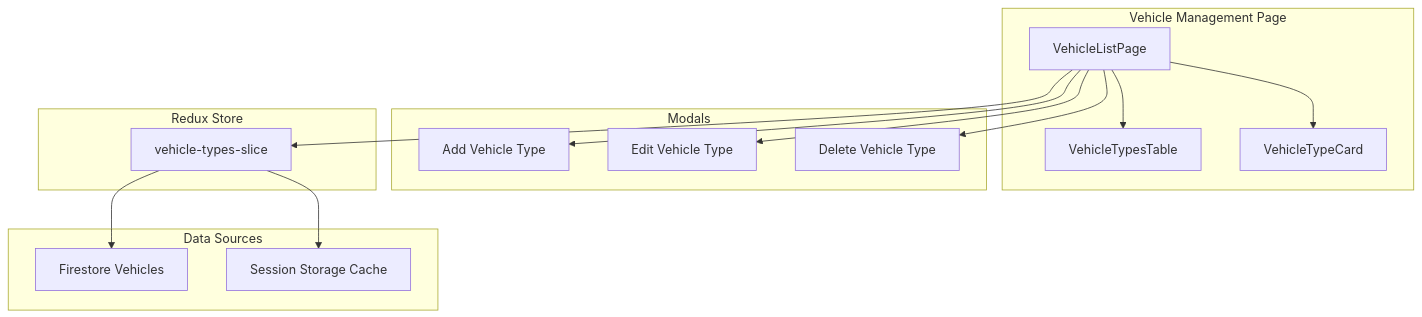
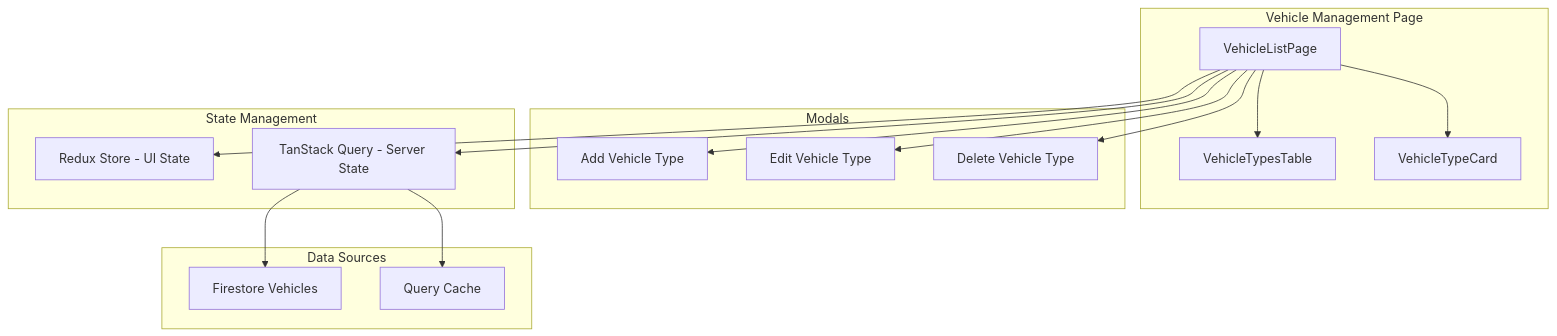
The diagram in docs/features/vehicle-management.md (Arvss07/taravel-admin-docs-official), drawn with Mermaid before and after one commit. The commit also changed other lines of this file and 16 other files, not shown here.

````diff
--- a/docs/features/vehicle-management.md
+++ b/docs/features/vehicle-management.md
@@ -49,33 +49,35 @@
 ```mermaid
 graph TB
     subgraph Page[Vehicle Management Page]
         VLP[VehicleListPage]
         VTTable[VehicleTypesTable]
         VTCard[VehicleTypeCard]
     end
 
     subgraph Modals[Modals]
         Add[Add Vehicle Type]
         Edit[Edit Vehicle Type]
         Del[Delete Vehicle Type]
     end
 
-    subgraph Store[Redux Store]
-        Slice[vehicle-types-slice]
+    subgraph State[State Management]
+        Redux[Redux Store - UI State]
+        TQ[TanStack Query - Server State]
     end
 
     subgraph Data[Data Sources]
         FS[Firestore Vehicles]
-        Cache[Session Storage Cache]
+        Cache[Query Cache]
     end
 
     VLP --> VTTable
     VLP --> VTCard
     VLP --> Add
     VLP --> Edit
     VLP --> Del
 
-    VLP --> Slice
-    Slice --> FS
-    Slice --> Cache
+    VLP --> Redux
+    VLP --> TQ
+    TQ --> FS
+    TQ --> Cache
 ```
````
